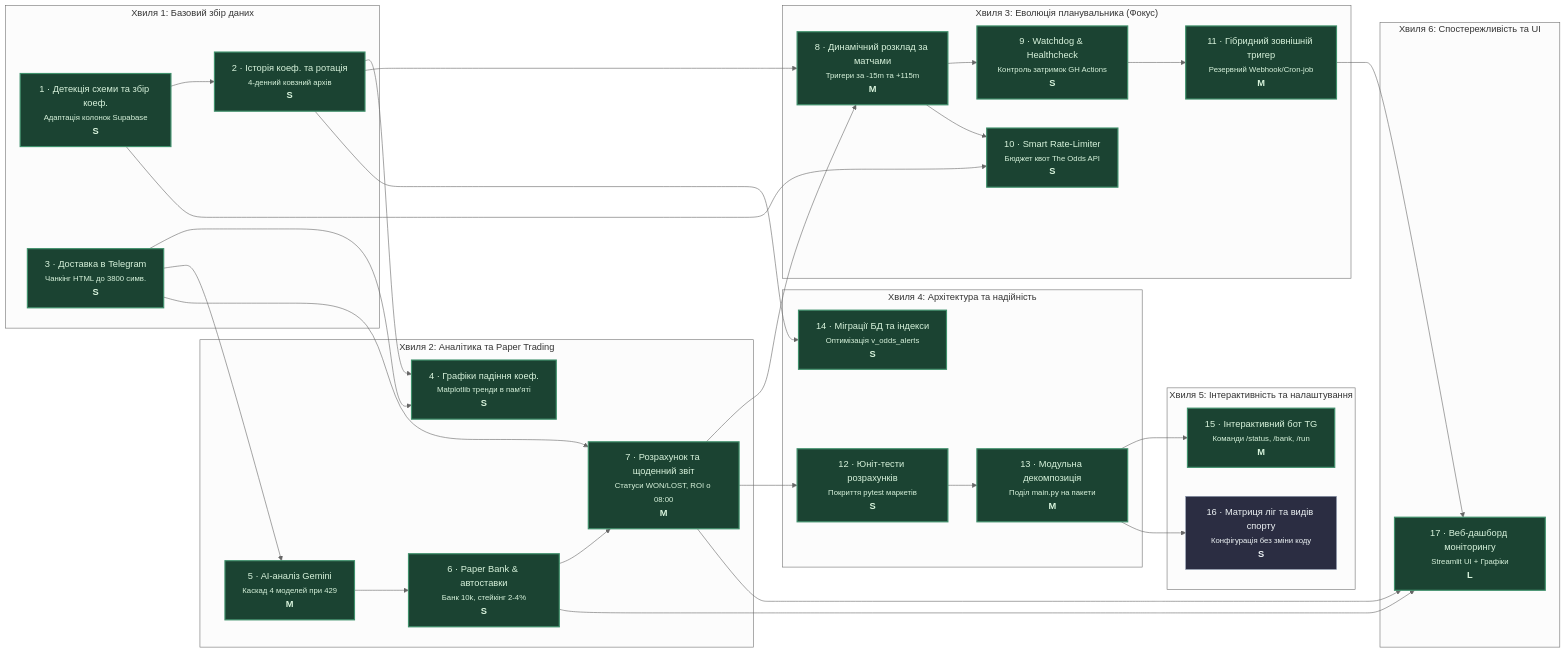
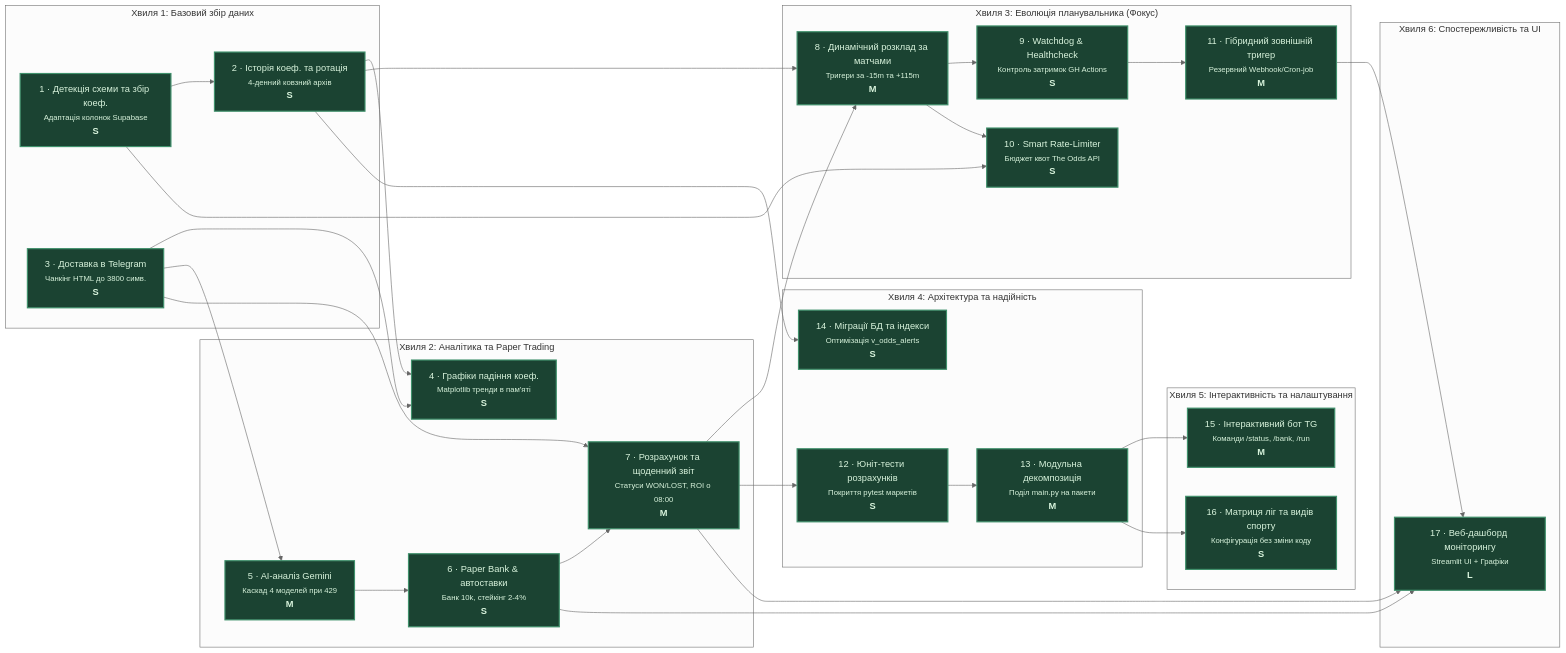
Before and after one commit to vsymchak/StatMonitor: the diagram in docs/roadmap-diagram.md, drawn with Mermaid (neutral theme). The commit also changed other lines of this file and 12 other files, not shown here.

````diff
--- a/docs/roadmap-diagram.md
+++ b/docs/roadmap-diagram.md
@@ -8,73 +8,73 @@
 ```mermaid
 flowchart LR
     classDef shipped fill:#1b4332,stroke:#40916c,color:#d8f3dc,stroke-width:2px;
     classDef in_progress fill:#7f4f24,stroke:#d4a373,color:#faedcd,stroke-width:2px;
     classDef idea fill:#2b2d42,stroke:#8d99ae,color:#edf2f4,stroke-width:1px;
     classDef fog fill:#1e1e24,stroke:#4a4e69,color:#9a8c98,stroke-width:1px,stroke-dasharray: 4 4;
 
     subgraph Wave1["Хвиля 1: Базовий збір даних"]
         1["1 · Детекція схеми та збір коеф.<br><small>Адаптація колонок Supabase</small><br><b>S</b>"]:::shipped
         2["2 · Історія коеф. та ротація<br><small>4-денний ковзний архів</small><br><b>S</b>"]:::shipped
         3["3 · Доставка в Telegram<br><small>Чанкінг HTML до 3800 симв.</small><br><b>S</b>"]:::shipped
     end
 
     subgraph Wave2["Хвиля 2: Аналітика та Paper Trading"]
         4["4 · Графіки падіння коеф.<br><small>Matplotlib тренди в пам'яті</small><br><b>S</b>"]:::shipped
         5["5 · AI-аналіз Gemini<br><small>Каскад 4 моделей при 429</small><br><b>M</b>"]:::shipped
         6["6 · Paper Bank & автоставки<br><small>Банк 10k, стейкінг 2-4%</small><br><b>S</b>"]:::shipped
         7["7 · Розрахунок та щоденний звіт<br><small>Статуси WON/LOST, ROI о 08:00</small><br><b>M</b>"]:::shipped
     end
 
     subgraph Wave3["Хвиля 3: Еволюція планувальника (Фокус)"]
         8["8 · Динамічний розклад за матчами<br><small>Тригери за -15m та +115m</small><br><b>M</b>"]:::shipped
         9["9 · Watchdog & Healthcheck<br><small>Контроль затримок GH Actions</small><br><b>S</b>"]:::shipped
         10["10 · Smart Rate-Limiter<br><small>Бюджет квот The Odds API</small><br><b>S</b>"]:::shipped
         11["11 · Гібридний зовнішній тригер<br><small>Резервний Webhook/Cron-job</small><br><b>M</b>"]:::shipped
     end
 
     subgraph Wave4["Хвиля 4: Архітектура та надійність"]
         12["12 · Юніт-тести розрахунків<br><small>Покриття pytest маркетів</small><br><b>S</b>"]:::shipped
         13["13 · Модульна декомпозиція<br><small>Поділ main.py на пакети</small><br><b>M</b>"]:::shipped
         14["14 · Міграції БД та індекси<br><small>Оптимізація v_odds_alerts</small><br><b>S</b>"]:::shipped
     end
 
     subgraph Wave5["Хвиля 5: Інтерактивність та налаштування"]
         15["15 · Інтерактивний бот TG<br><small>Команди /status, /bank, /run</small><br><b>M</b>"]:::shipped
-        16["16 · Матриця ліг та видів спорту<br><small>Конфігурація без зміни коду</small><br><b>S</b>"]:::idea
+        16["16 · Матриця ліг та видів спорту<br><small>Конфігурація без зміни коду</small><br><b>S</b>"]:::shipped
     end
 
     subgraph Wave6["Хвиля 6: Спостережливість та UI"]
         17["17 · Веб-дашборд моніторингу<br><small>Streamlit UI + Графіки</small><br><b>L</b>"]:::shipped
     end
 
     %% Залежності Хвилі 1 і 2
     1 --> 2
     2 --> 4
     3 --> 4
     3 --> 5
     5 --> 6
     6 --> 7
     3 --> 7
 
     %% Залежності Хвилі 3 (Планувальник)
     2 --> 8
     7 --> 8
     8 --> 9
     1 --> 10
     8 --> 10
     9 --> 11
 
     %% Залежності Хвилі 4
     7 --> 12
     12 --> 13
     2 --> 14
 
     %% Залежності Хвилі 5
     13 --> 15
     13 --> 16
 
     %% Wave 6 connections
     6 --> 17
     7 --> 17
     11 --> 17
 ```
````
